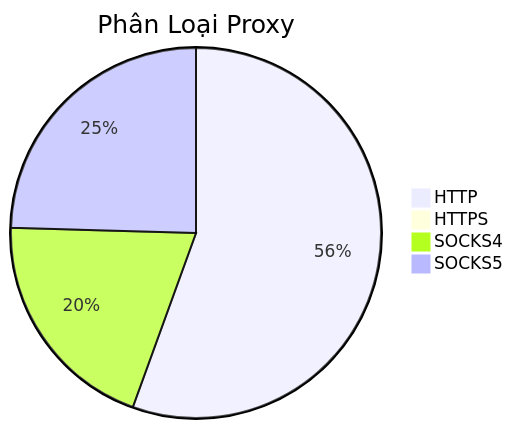
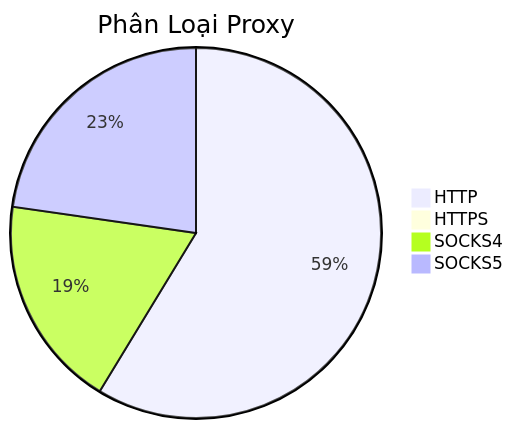
One commit to Ciara-12/PROXY-free changed the diagram in README.md. Above: the diagram before and after it, drawn with Mermaid. The commit also changed other lines of this file and 4 other files, not shown here.

````diff
--- a/README.md
+++ b/README.md
@@ -26,7 +26,7 @@
 ```mermaid
 pie title Phân Loại Proxy
-    "HTTP" : 1133
-    "HTTPS" : 1
-    "SOCKS4" : 406
-    "SOCKS5" : 501
+    "HTTP" : 1296
+    "HTTPS" : 0
+    "SOCKS4" : 410
+    "SOCKS5" : 502
 ```
````
